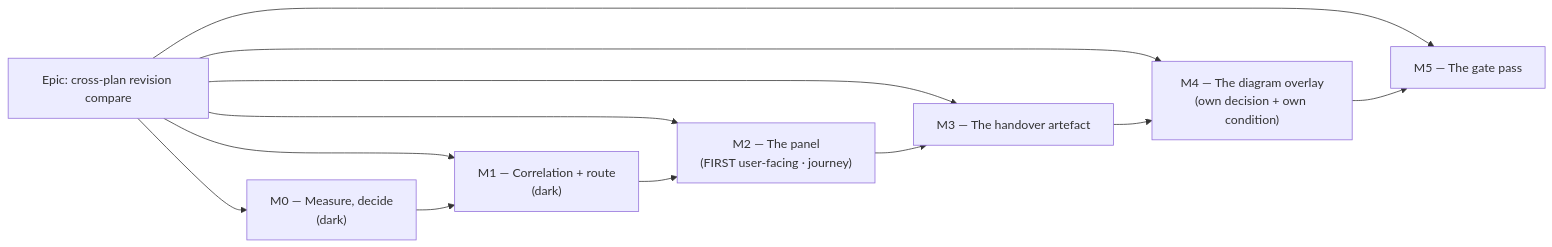
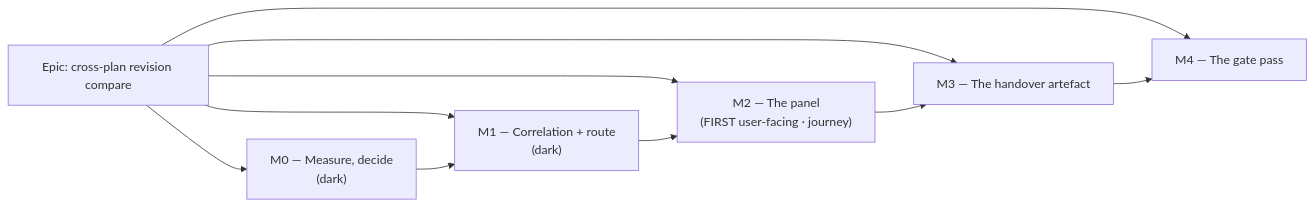
Before and after one commit to HuttonHomeHub/SchedulePoint_1: the diagram in docs/specs/revision-compare-imported/implementation-plan.md, drawn with Mermaid. The commit also changed other lines of this file and 1 other file, not shown here.

````diff
--- a/docs/specs/revision-compare-imported/implementation-plan.md
+++ b/docs/specs/revision-compare-imported/implementation-plan.md
@@ -9,10 +9,9 @@
 ```mermaid
 flowchart LR
   E["Epic: cross-plan revision compare"] --> M0["M0 — Measure, decide<br/>(dark)"]
   E --> M1["M1 — Correlation + route<br/>(dark)"]
   E --> M2["M2 — The panel<br/>(FIRST user-facing · journey)"]
   E --> M3["M3 — The handover artefact"]
-  E --> M4["M4 — The diagram overlay<br/>(own decision + own condition)"]
-  E --> M5["M5 — The gate pass"]
-  M0 --> M1 --> M2 --> M3 --> M4 --> M5
+  E --> M4["M4 — The gate pass"]
+  M0 --> M1 --> M2 --> M3 --> M4
 ```
````
